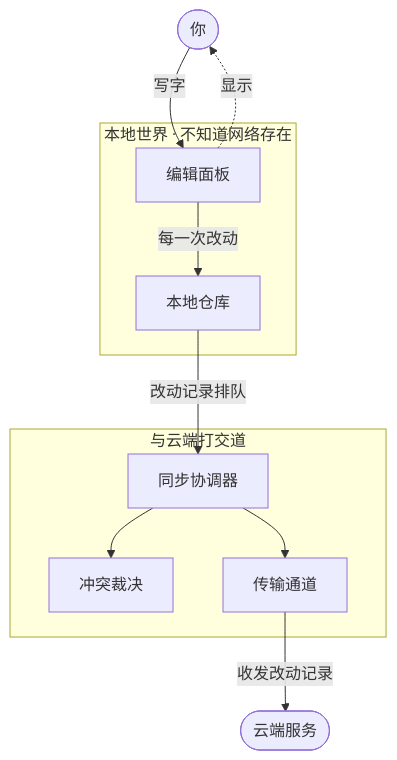
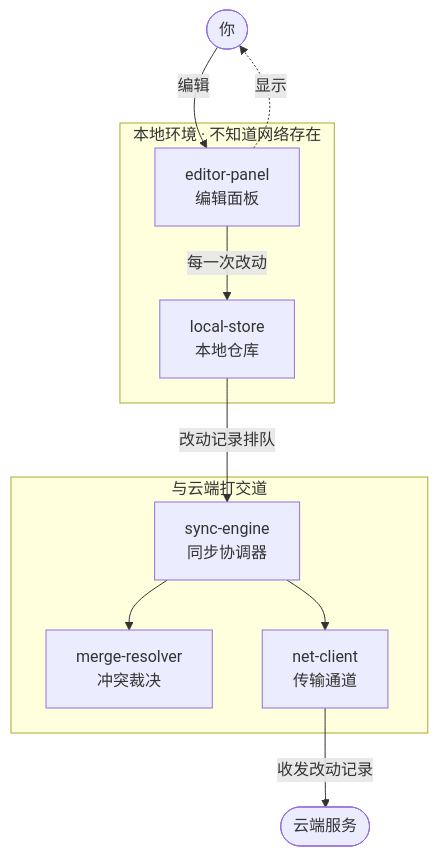
The first of 2 diagrams in skills/project-tour/examples/sample-tour.md (Bluezeamer/bluezer_devops), drawn with Mermaid before and after one commit. The commit also changed other lines of this file and 3 other files, not shown here.

First line of the commit message:
名称就地绑定，四小节固定为 schema

````diff
--- a/skills/project-tour/examples/sample-tour.md
+++ b/skills/project-tour/examples/sample-tour.md
@@ -24,20 +24,20 @@
 ```mermaid
 flowchart TD
-    user(["你"]) -->|"写字"| editor["编辑面板"]
-    editor -->|"每一次改动"| store["本地仓库"]
+    user(["你"]) -->|"编辑"| editor["editor-panel<br/>编辑面板"]
+    editor -->|"每一次改动"| store["local-store<br/>本地仓库"]
     editor -.->|"显示"| user
 
-    subgraph localWorld["本地世界 · 不知道网络存在"]
+    subgraph localWorld["本地环境 · 不知道网络存在"]
         editor
         store
     end
 
-    store -->|"改动记录排队"| sync["同步协调器"]
+    store -->|"改动记录排队"| sync["sync-engine<br/>同步协调器"]
 
     subgraph netSide["与云端打交道"]
-        sync --> resolver["冲突裁决"]
-        sync --> transport["传输通道"]
+        sync --> resolver["merge-resolver<br/>冲突裁决"]
+        sync --> transport["net-client<br/>传输通道"]
     end
 
     transport -->|"收发改动记录"| cloud(["云端服务"])
 ```
````
